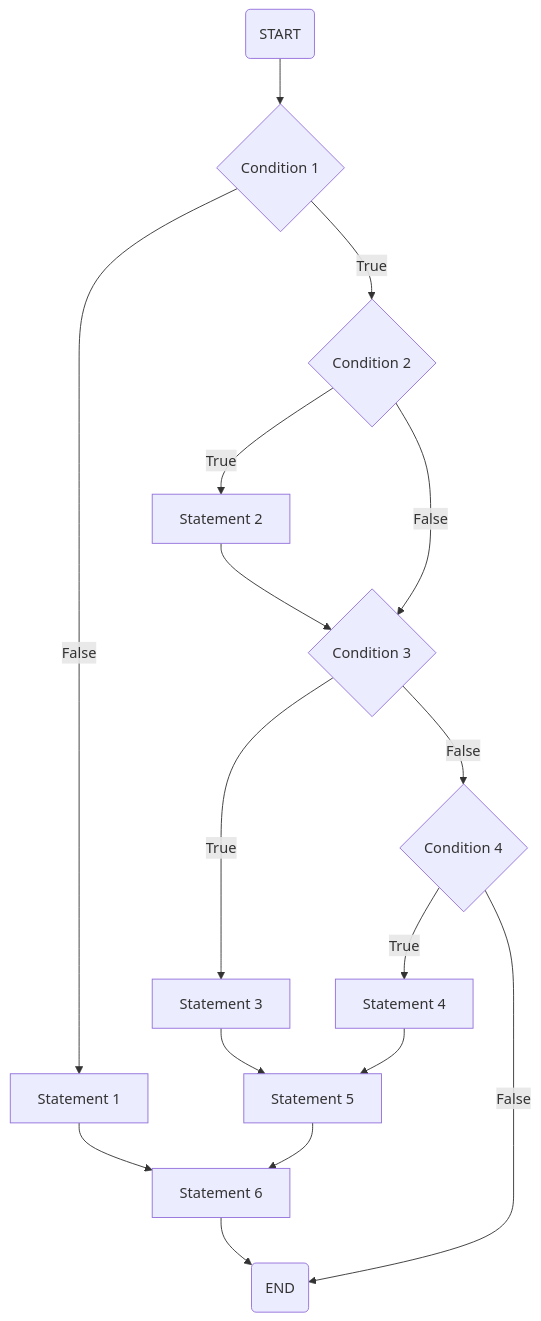
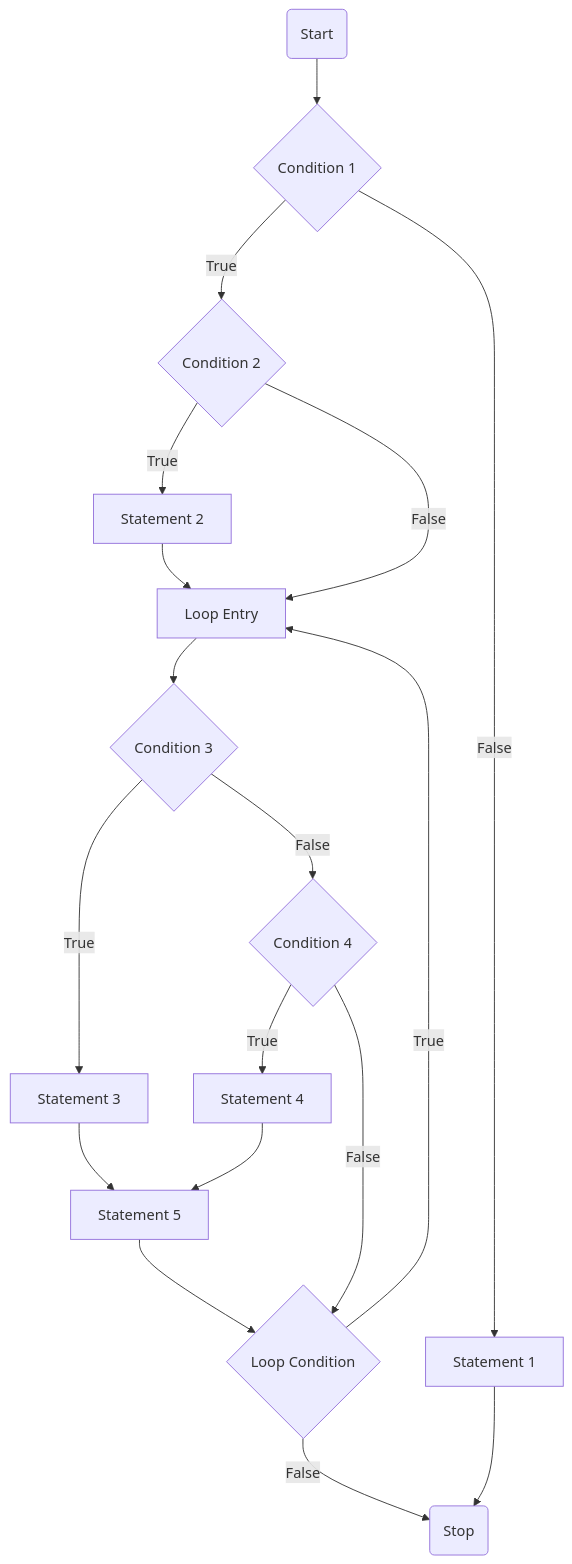
The diagram in README.md (RaphaelZH/OpenCV_Program_EN), drawn with Mermaid before and after one commit. The commit also changed 3 other files, not shown here.

Commit message:
new flow diagram

````diff
--- a/README.md
+++ b/README.md
@@ -5,33 +5,37 @@
 ```mermaid
 flowchart TD
 
-A(START) --> B{Condition 1}
+A(Start) --> B{Condition 1}
 
-B --> |False| C[Statement 1]
+B --> |True| C{Condition 2}
 
-B --> |True| D{Condition 2}
+B --> |False| D[Statement 1]
 
-D --> |True| E[Statement 2]
+C --> |True| E[Statement 2]
 
-E --> F{Condition 3}
+C --> |False| F[Loop Entry]
 
-D --> |False| F{Condition 3}
+D --> M(Stop)
 
-F --> |True| G[Statement 3]
+E --> F[Loop Entry]
 
-F --> |False| H{Condition 4}
+F --> G{Condition 3}
 
-H --> |True| I[Statement 4]
+G --> |True| H[Statement 3]
 
-G --> J[Statement 5]
+G --> |False| I{Condition 4}
 
-I --> J[Statement 5]
+I --> |True| J[Statement 4]
 
-C --> K[Statement 6]
+I --> |False| L{Loop Condition}
 
-H --> |False| L(END)
+H --> K[Statement 5]
 
-J --> K[Statement 6]
+J --> K[Statement 5]
 
-K --> L(END)
+K --> L{Loop Condition}
+
+L --> |True| F[Loop Entry]
+
+L --> |False| M(Stop)
 ```
````
